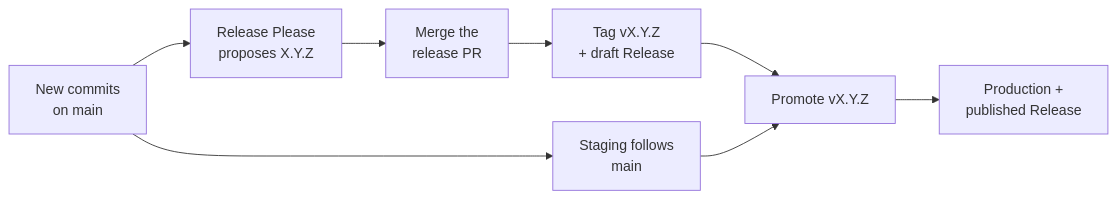
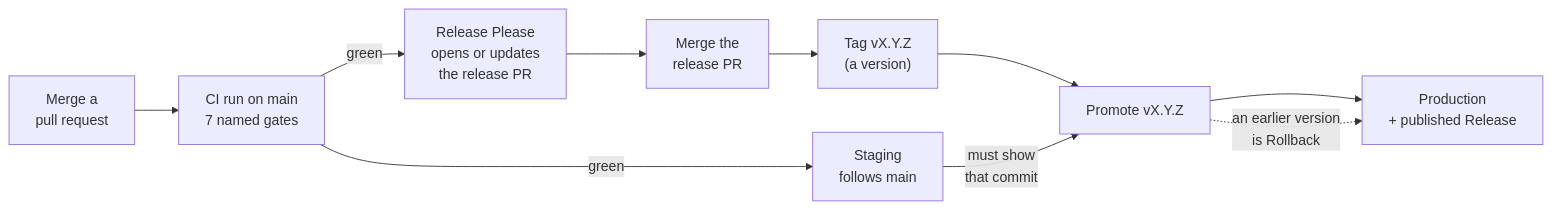
The diagram in docs/CI-CD.md (KLTsai/next-is-you), drawn with Mermaid before and after one commit. The commit also changed other lines of this file and 5 other files, not shown here.

First line of the commit message:
docs: describe the delivery flow that exists

````diff
--- a/docs/CI-CD.md
+++ b/docs/CI-CD.md
@@ -19,10 +12,12 @@
 ```mermaid
 flowchart LR
-  C["New commits<br/>on main"] --> S["Staging follows<br/>main"]
-  C --> RP["Release Please<br/>proposes X.Y.Z"]
+  PR["Merge a<br/>pull request"] --> CI["CI run on main<br/>7 named gates"]
+  CI -- "green" --> S["Staging<br/>follows main"]
+  CI -- "green" --> RP["Release Please<br/>opens or updates<br/>the release PR"]
   RP --> M["Merge the<br/>release PR"]
-  M --> T["Tag vX.Y.Z<br/>+ draft Release"]
+  M --> T["Tag vX.Y.Z<br/>(a version)"]
   T --> P["Promote vX.Y.Z"]
-  S --> P
-  P --> R["Production +<br/>published Release"]
+  S -- "must show<br/>that commit" --> P
+  P --> R["Production<br/>+ published Release"]
+  P -. "an earlier version<br/>is Rollback" .-> R
 ```
````
